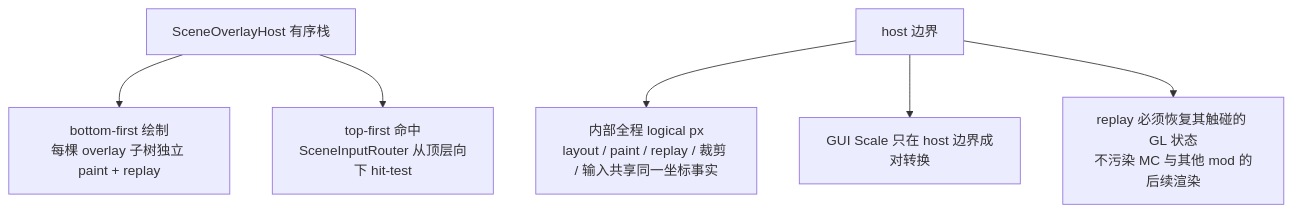
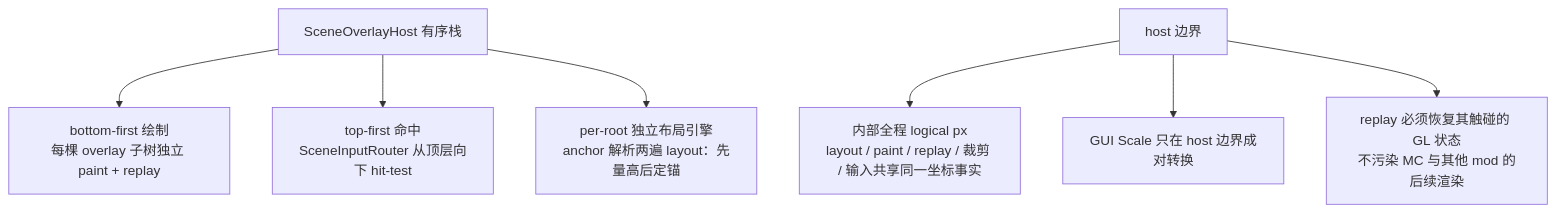
The second of 2 diagrams in docs/开发者文档/架构图/01-scene渲染管线.md (QuanhuZeYu/Qz-UILib), drawn with Mermaid before and after one commit. The commit also changed other lines of this file and 29 other files, not shown here.

````diff
--- a/docs/开发者文档/架构图/01-scene渲染管线.md
+++ b/docs/开发者文档/架构图/01-scene渲染管线.md
@@ -37,10 +30,11 @@
 ```mermaid
 flowchart TD
   H["SceneOverlayHost 有序栈"]
   H --> D["bottom-first 绘制<br>每棵 overlay 子树独立 paint + replay"]
   H --> HIT["top-first 命中<br>SceneInputRouter 从顶层向下 hit-test"]
+  H --> LAY["per-root 独立布局引擎<br>anchor 解析两遍 layout：先量高后定锚"]
   B["host 边界"]
   B --> P["内部全程 logical px<br>layout / paint / replay / 裁剪 / 输入共享同一坐标事实"]
   B --> S["GUI Scale 只在 host 边界成对转换"]
   B --> R["replay 必须恢复其触碰的 GL 状态<br>不污染 MC 与其他 mod 的后续渲染"]
 ```
````
